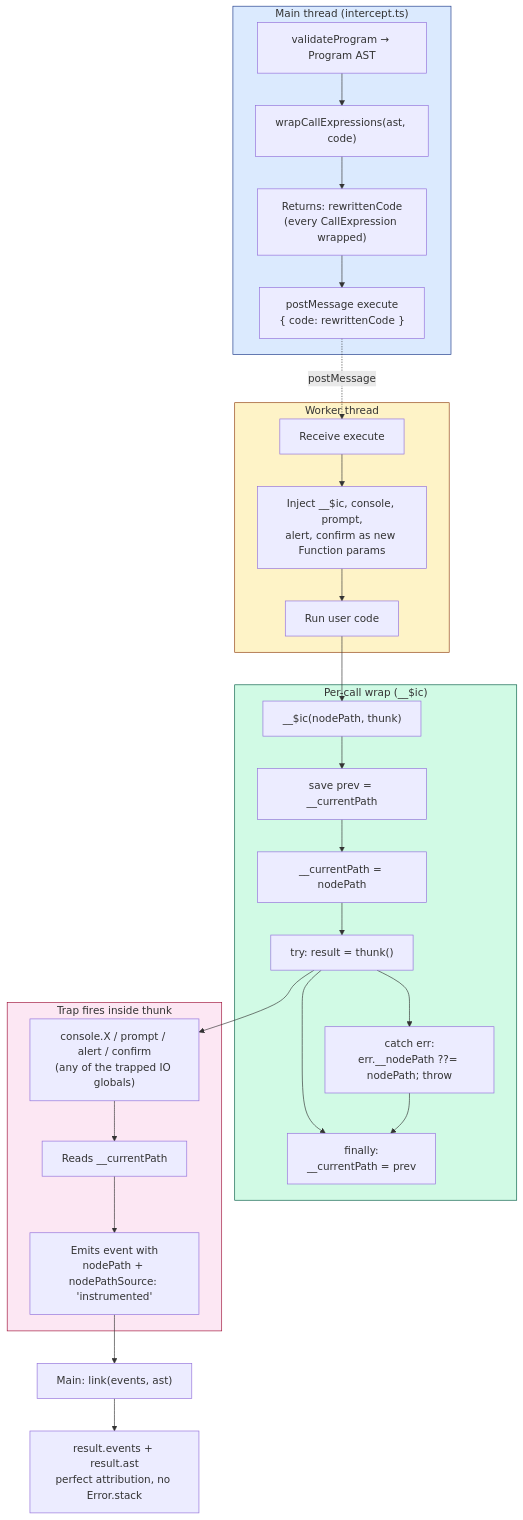
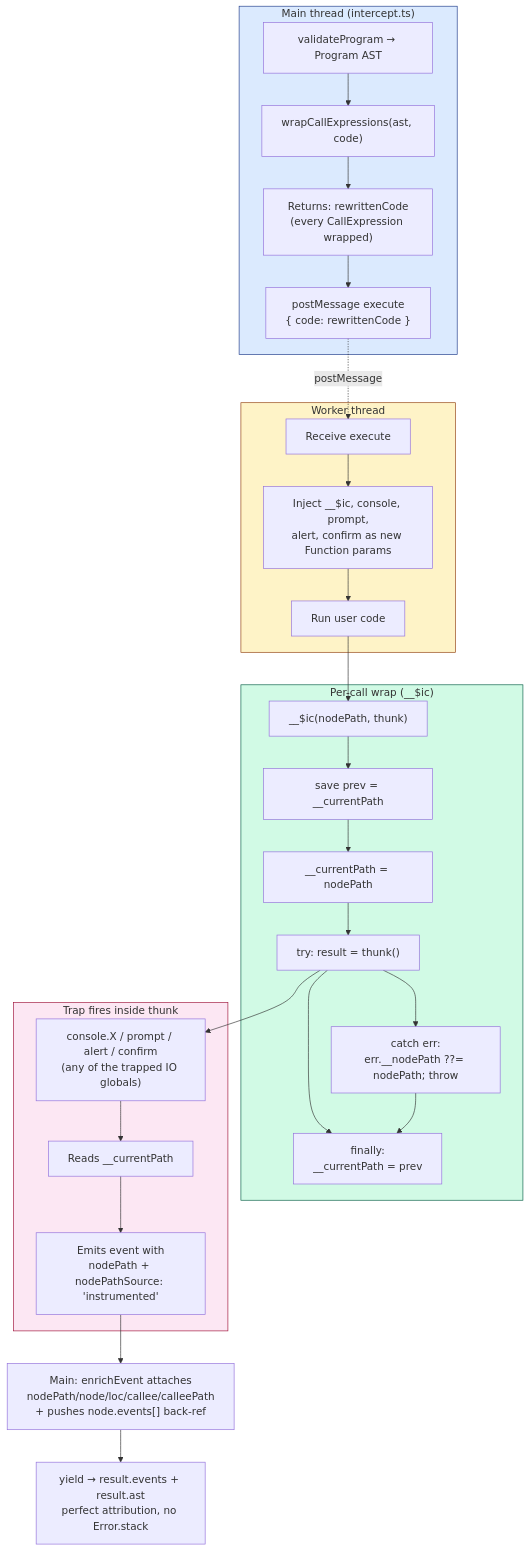
One commit to codeschoolinabox/curricula changed the diagram in src/lib/welcome-to-programming/just-enough/javascript/lib/evaluating/intercept/DOCS.md. Above: the diagram before and after it, drawn with Mermaid. The commit also changed other lines of this file and 23 other files, not shown here.

````diff
--- a/src/lib/welcome-to-programming/just-enough/javascript/lib/evaluating/intercept/DOCS.md
+++ b/src/lib/welcome-to-programming/just-enough/javascript/lib/evaluating/intercept/DOCS.md
@@ -99,49 +99,49 @@
 ```mermaid
 flowchart TB
     subgraph MainThread["Main thread (intercept.ts)"]
         A["validateProgram → Program AST"]
         B["wrapCallExpressions(ast, code)"]
         C["Returns: rewrittenCode<br/>(every CallExpression wrapped)"]
         D["postMessage execute<br/>{ code: rewrittenCode }"]
         A --> B --> C --> D
     end
 
     D -. postMessage .-> E
 
     subgraph Worker["Worker thread"]
         E["Receive execute"]
         F["Inject __$ic, console, prompt,<br/>alert, confirm as new Function params"]
         G["Run user code"]
         E --> F --> G
     end
 
     G --> H
 
     subgraph WrapMechanism["Per-call wrap (__$ic)"]
         H["__$ic(nodePath, thunk)"]
         I["save prev = __currentPath"]
         J["__currentPath = nodePath"]
         K["try: result = thunk()"]
         L["catch err:<br/>err.__nodePath ??= nodePath; throw"]
         M["finally:<br/>__currentPath = prev"]
         H --> I --> J --> K --> M
         K --> L --> M
     end
 
     K --> N
 
     subgraph TrapFire["Trap fires inside thunk"]
         N["console.X / prompt / alert / confirm<br/>(any of the trapped IO globals)"]
         O["Reads __currentPath"]
         P["Emits event with<br/>nodePath + nodePathSource: 'instrumented'"]
         N --> O --> P
     end
 
-    P --> Q["Main: link(events, ast)"]
-    Q --> R["result.events + result.ast<br/>perfect attribution, no Error.stack"]
+    P --> R["Main: enrichEvent attaches<br/>nodePath/node/loc/callee/calleePath<br/>+ pushes node.events[] back-ref"]
+    R --> S["yield → result.events + result.ast<br/>perfect attribution, no Error.stack"]
 
     style MainThread fill:#dbeafe,stroke:#1e3a8a
     style Worker fill:#fef3c7,stroke:#92400e
     style WrapMechanism fill:#d1fae5,stroke:#065f46
     style TrapFire fill:#fce7f3,stroke:#9f1239
 ```
````
